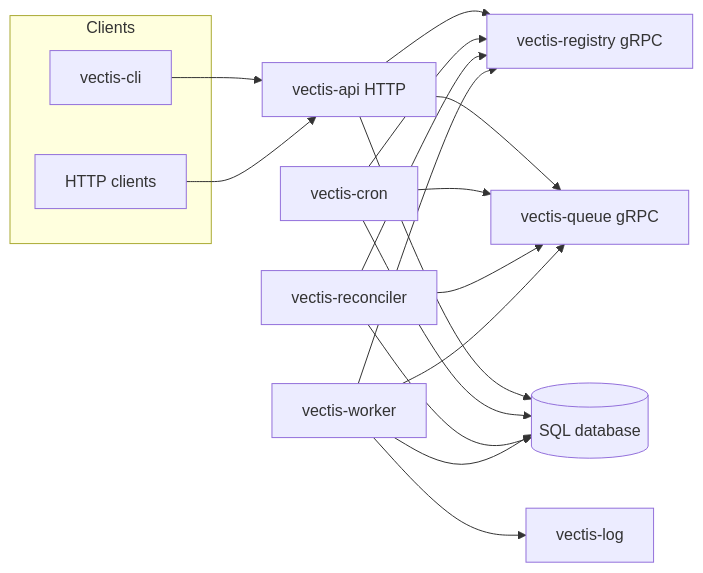
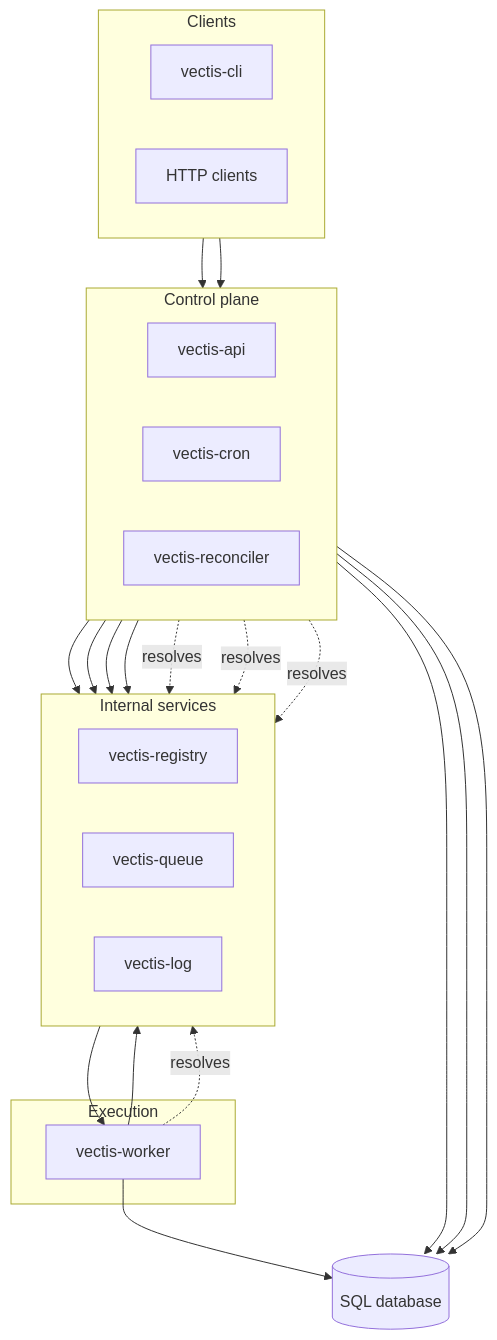
One commit to garrett-s-wininger/vectis changed the diagram in website/docs/concepts/architecture.md. Above: the diagram before and after it, drawn with Mermaid. The commit also changed other lines of this file and 3 other files, not shown here.

Commit message:
docs: architecture overhaul

````diff
--- a/website/docs/concepts/architecture.md
+++ b/website/docs/concepts/architecture.md
@@ -15,30 +38,49 @@
 ```mermaid
-flowchart LR
-  subgraph clients [Clients]
-    CLI[vectis-cli]
-    HTTP[HTTP clients]
+flowchart TB
+  subgraph edge [Clients]
+    direction LR
+    CLI["vectis-cli"]
+    HTTP["HTTP clients"]
   end
-  API[vectis-api HTTP]
-  REG[vectis-registry gRPC]
-  Q[vectis-queue gRPC]
-  LOG[vectis-log]
-  W[vectis-worker]
-  CRON[vectis-cron]
-  REC[vectis-reconciler]
-  DB[(SQL database)]
+
+  subgraph control [Control plane]
+    direction LR
+    API["vectis-api"]
+    CRON["vectis-cron"]
+    REC["vectis-reconciler"]
+  end
+
+  subgraph internal [Internal services]
+    direction LR
+    REG["vectis-registry"]
+    Q["vectis-queue"]
+    LOG["vectis-log"]
+  end
+
+  subgraph execute [Execution]
+    W["vectis-worker"]
+  end
+
+  DB[("SQL database")]
+
   CLI --> API
   HTTP --> API
-  API --> REG
+
+  API --> DB
+  CRON --> DB
+  REC --> DB
+  W --> DB
+
   API --> Q
-  API --> DB
-  CRON --> REG
   CRON --> Q
-  CRON --> DB
-  REC --> REG
   REC --> Q
-  REC --> DB
-  W --> REG
-  W --> Q
+  Q --> W
+
   W --> LOG
-  W --> DB
+  API --> LOG
+
+  API -. resolves .-> REG
+  CRON -. resolves .-> REG
+  REC -. resolves .-> REG
+  W -. resolves .-> REG
 ```
````
